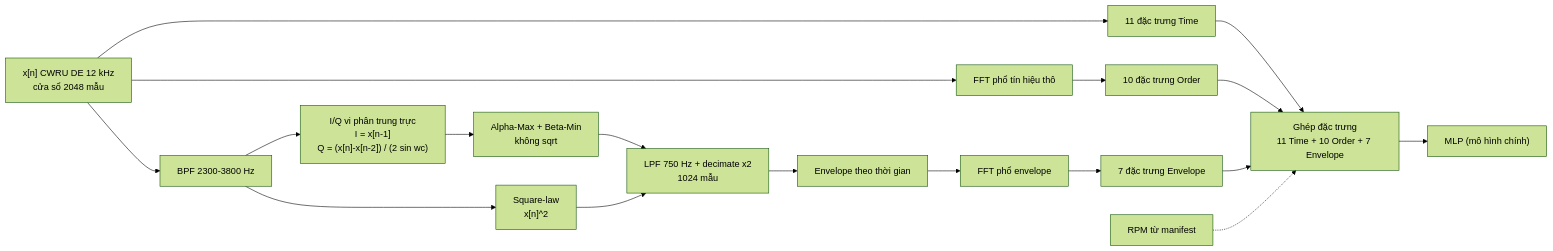
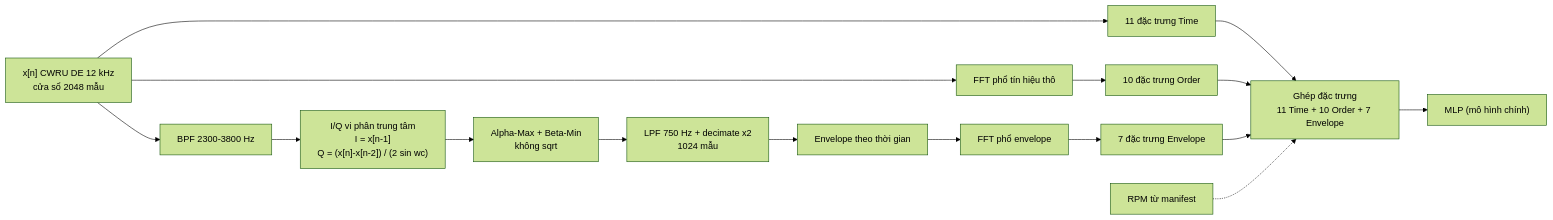
One commit to NguyenVuongg/CWRU_Fault_Detection_TinyML changed the diagram in README.md. Above: the diagram before and after it, drawn with Mermaid (forest theme). The commit also changed other lines of this file and 31 other files, not shown here.

````diff
--- a/README.md
+++ b/README.md
@@ -52,20 +53,18 @@
 ```mermaid
 flowchart LR
     X["x[n] CWRU DE 12 kHz<br/>cửa sổ 2048 mẫu"] --> BPF["BPF 2300-3800 Hz"]
-    BPF --> IQ["I/Q vi phân trung trực<br/>I = x[n-1]<br/>Q = (x[n]-x[n-2]) / (2 sin wc)"]
+    BPF --> IQ["I/Q vi phân trung tâm<br/>I = x[n-1]<br/>Q = (x[n]-x[n-2]) / (2 sin wc)"]
     IQ --> AM["Alpha-Max + Beta-Min<br/>không sqrt"]
     AM --> LPF["LPF 750 Hz + decimate x2<br/>1024 mẫu"]
-    BPF --> SL["Square-law<br/>x[n]^2"]
-    SL --> LPF
     LPF --> ENV["Envelope theo thời gian"]
     X --> ORFFT["FFT phổ tín hiệu thô"]
     ORFFT --> ORDER["10 đặc trưng Order"]
     ENV --> ENVFFT["FFT phổ envelope"]
     ENVFFT --> ENVFEAT["7 đặc trưng Envelope"]
     X --> TIME["11 đặc trưng Time"]
     TIME --> FEAT["Ghép đặc trưng<br/>11 Time + 10 Order + 7 Envelope"]
     ORDER --> FEAT
     ENVFEAT --> FEAT
     FEAT --> MLP["MLP (mô hình chính)"]
     RPM["RPM từ manifest"] -.-> FEAT
 ```
````
